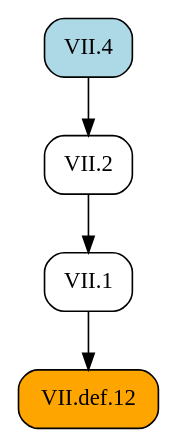
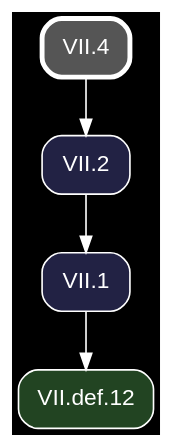
The diagram in docsrc/heath/VII/4/index.rst (geometor/elements), drawn with Graphviz before and after one commit. The commit also changed other lines of this file and 1200 other files, not shown here.

Commit message:
update dependency graphs

```diff
--- a/docsrc/heath/VII/4/index.rst
+++ b/docsrc/heath/VII/4/index.rst
@@ -42,13 +42,15 @@
 .. graphviz::
 
    digraph {
+     bgcolor="black";
+     node [shape=box, style="rounded,filled", fontname="Helvetica", color="white", fontcolor="white"];
+     edge [color="white", fontcolor="white"];
      rankdir="TB";
-     node [shape=box, style=rounded];
-     "VII.2" [URL="/heath/VII/2/", target="_top"];
-     "VII.1" [URL="/heath/VII/1/", target="_top"];
-     "VII.def.12" [style="rounded,filled", fillcolor=orange, URL="/heath/VII/def.12/", target="_top"];
-     "VII.4" [style="rounded,filled", fillcolor=lightblue, URL="/heath/VII/4/", target="_top"];
+     "VII.4" [penwidth=3, color="white", fillcolor="#555555", URL="/heath/VII/4/", target="_top"];
+     "VII.2" [fillcolor="#222244", URL="/heath/VII/2/", target="_top"];
+     "VII.1" [fillcolor="#222244", URL="/heath/VII/1/", target="_top"];
+     "VII.def.12" [fillcolor="#224422", URL="/heath/VII/def.12/", target="_top"];
      "VII.4" -> "VII.2";
      "VII.2" -> "VII.1";
      "VII.1" -> "VII.def.12";
    }
```
